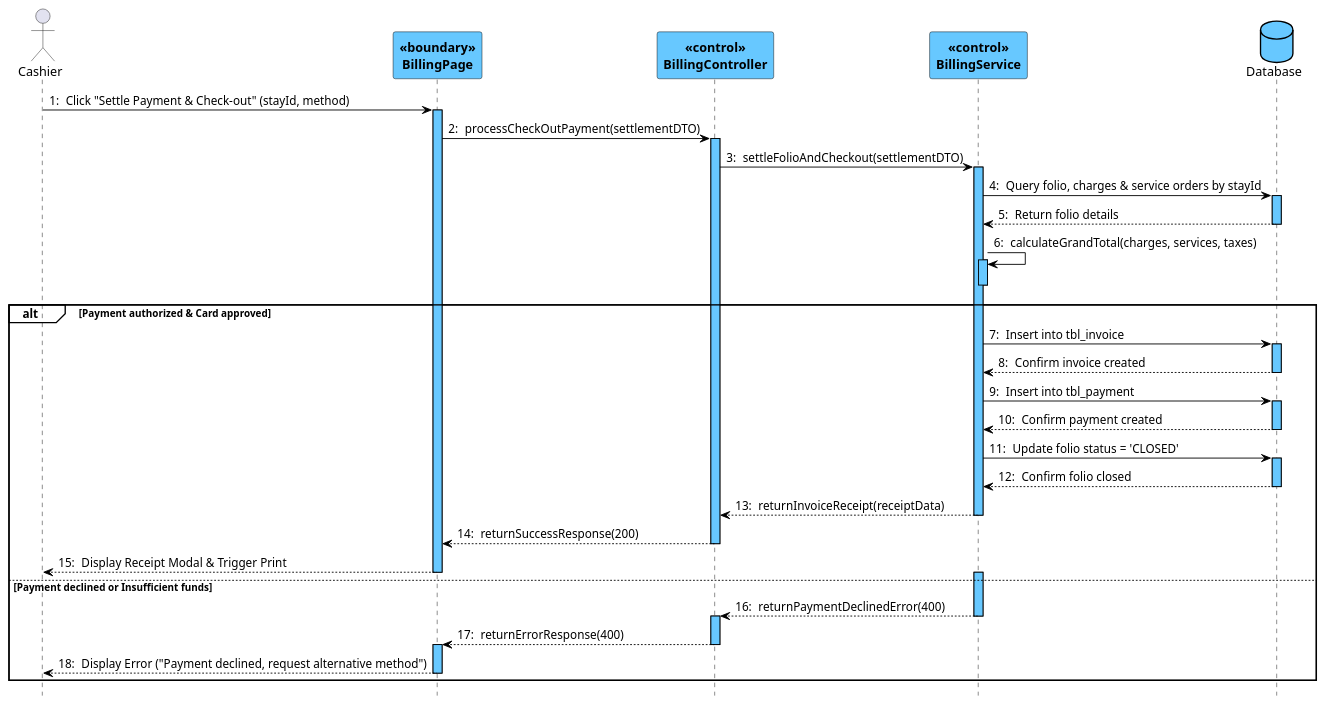
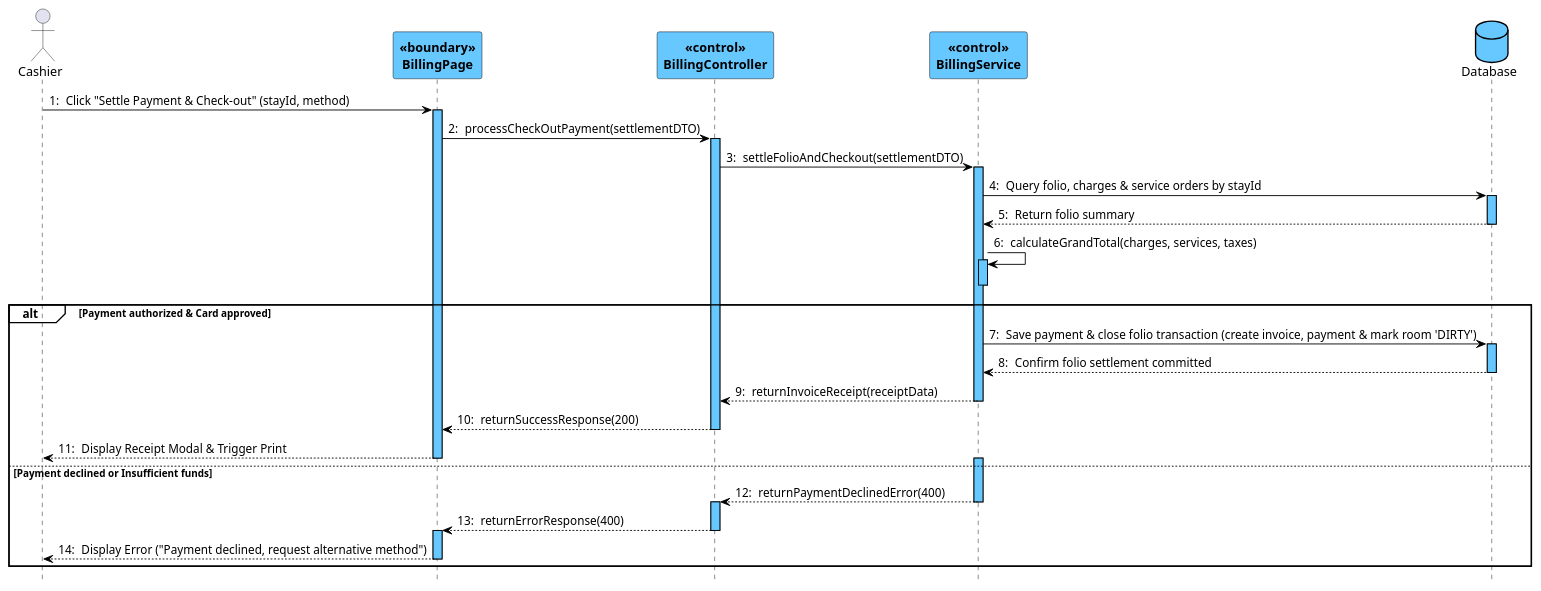
Before and after one commit to hieupeek/sba_doc: the sixth of 7 diagrams in docs/Class + Sequence/Sequence Diagram(s) (PlantUML).md, drawn with PlantUML. The commit also changed other lines of this file and 8 other files, not shown here.

Commit message:
docs: streamline database interactions to transaction-level operations in sequence diagrams

```diff
--- a/docs/Class + Sequence/Sequence Diagram(s) (PlantUML).md
+++ b/docs/Class + Sequence/Sequence Diagram(s) (PlantUML).md
@@ -484,7 +459,7 @@
 
 BillingService -> Database : Query folio, charges & service orders by stayId
 activate Database
-Database --> BillingService : Return folio details
+Database --> BillingService : Return folio summary
 deactivate Database
 
 BillingService -> BillingService : calculateGrandTotal(charges, services, taxes)
@@ -492,19 +467,9 @@
 deactivate BillingService
 
 alt Payment authorized & Card approved
-    BillingService -> Database : Insert into tbl_invoice
+    BillingService -> Database : Save payment & close folio transaction (create invoice, payment & mark room 'DIRTY')
     activate Database
-    Database --> BillingService : Confirm invoice created
-    deactivate Database
-
-    BillingService -> Database : Insert into tbl_payment
-    activate Database
-    Database --> BillingService : Confirm payment created
-    deactivate Database
-
-    BillingService -> Database : Update folio status = 'CLOSED'
-    activate Database
-    Database --> BillingService : Confirm folio closed
+    Database --> BillingService : Confirm folio settlement committed
     deactivate Database
 
     BillingService --> BillingController : returnInvoiceReceipt(receiptData)
```
